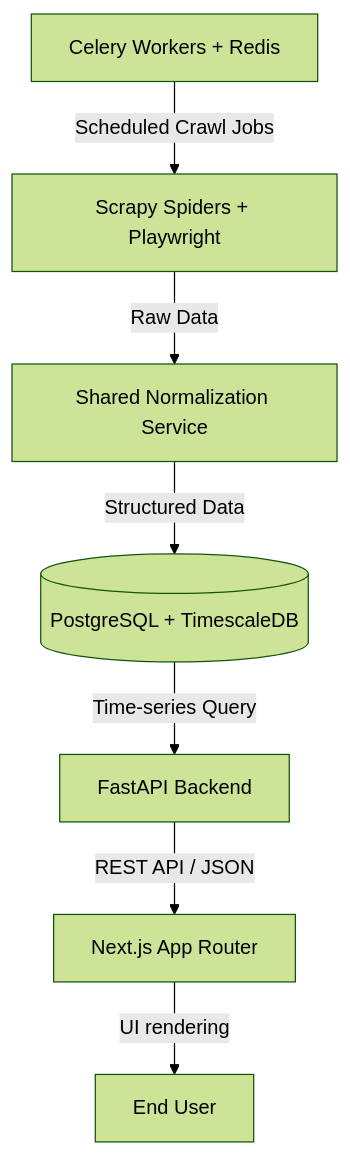
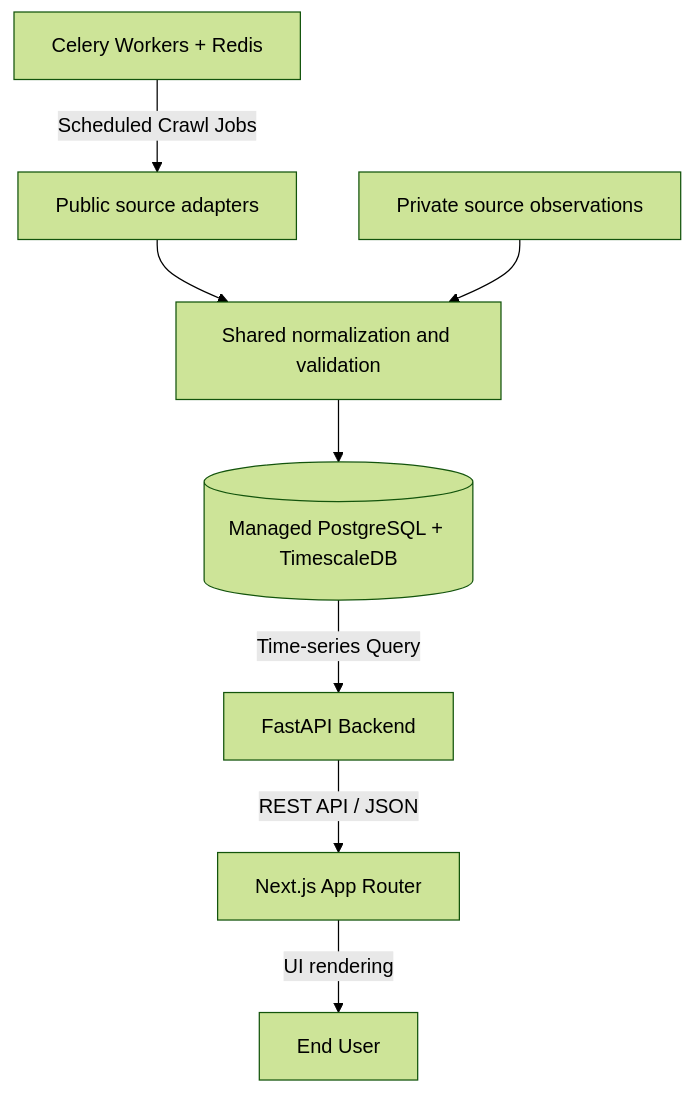
The diagram in README.md (reav4nn/qiymetleri.com), drawn with Mermaid (forest theme) before and after one commit. The commit also changed other lines of this file and 33 other files, not shown here.

Commit message:
chore: establish public code and private data boundary

````diff
--- a/README.md
+++ b/README.md
@@ -45,9 +54,10 @@
 ```mermaid
 graph TD
-    A[Scrapy Spiders + Playwright] -->|Raw Data| B[Shared Normalization Service]
-    B -->|Structured Data| C[(PostgreSQL + TimescaleDB)]
+    A[Public source adapters] --> B[Shared normalization and validation]
+    H[Private source observations] --> B
+    B --> C[(Managed PostgreSQL + TimescaleDB)]
     C -->|Time-series Query| D[FastAPI Backend]
     E[Celery Workers + Redis] -->|Scheduled Crawl Jobs| A
     D -->|REST API / JSON| F[Next.js App Router]
     F -->|UI rendering| G[End User]
 ```
````
